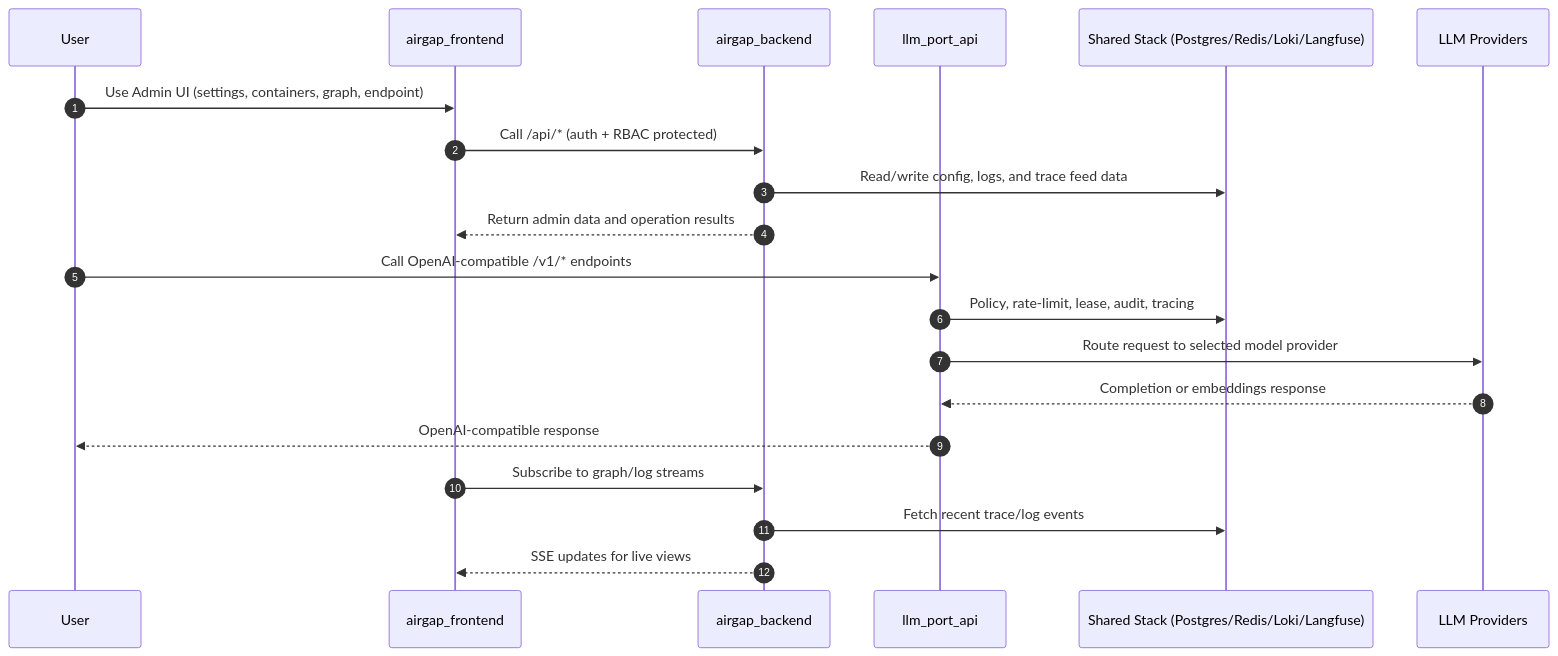
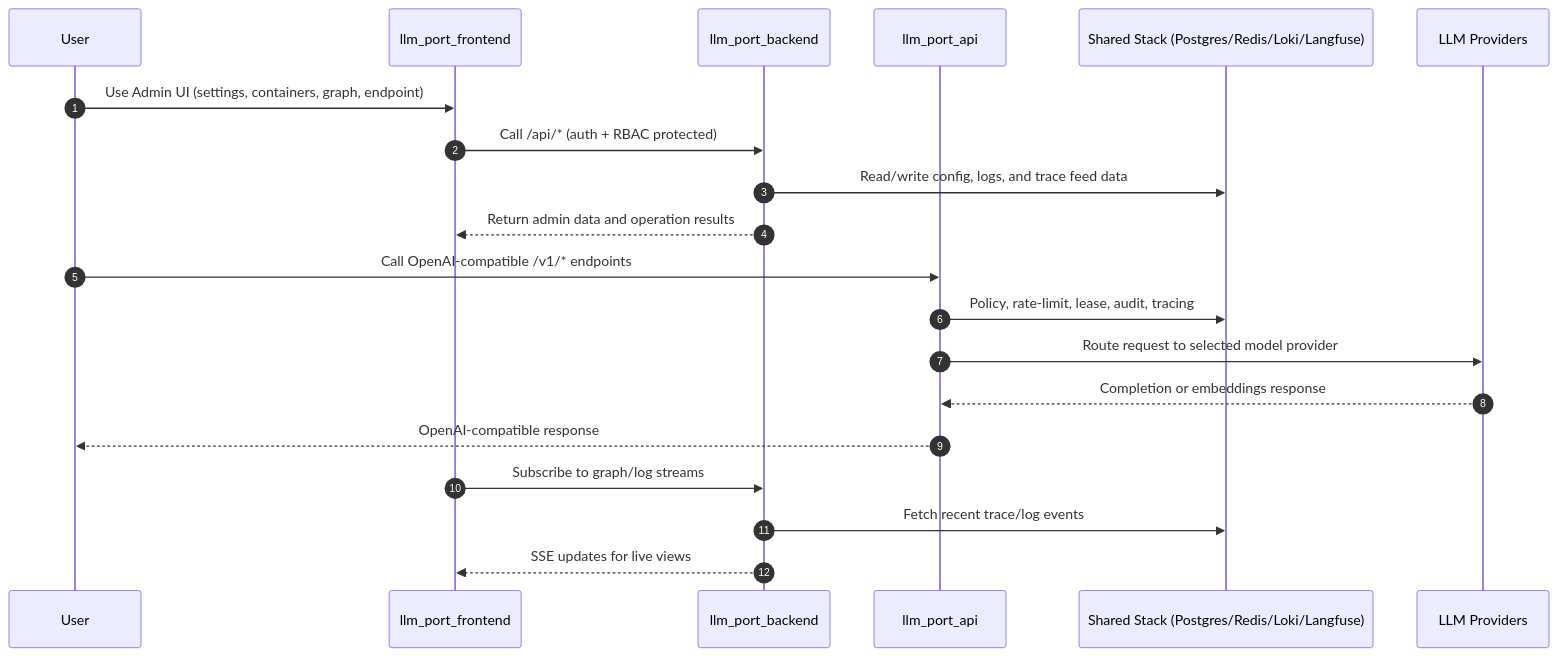
The diagram in README.md (fadenstack/fadenstack), drawn with Mermaid before and after one commit. The commit also changed other lines of this file and 3 other files, not shown here.

````diff
--- a/README.md
+++ b/README.md
@@ -89,25 +89,25 @@
 ```mermaid
 sequenceDiagram
     autonumber
     participant User
-    participant Frontend as airgap_frontend
-    participant Backend as airgap_backend
+    participant Frontend as llm_port_frontend
+    participant Backend as llm_port_backend
     participant Gateway as llm_port_api
     participant Shared as Shared Stack (Postgres/Redis/Loki/Langfuse)
     participant Provider as LLM Providers
 
     User->>Frontend: Use Admin UI (settings, containers, graph, endpoint)
     Frontend->>Backend: Call /api/* (auth + RBAC protected)
     Backend->>Shared: Read/write config, logs, and trace feed data
     Backend-->>Frontend: Return admin data and operation results
 
     User->>Gateway: Call OpenAI-compatible /v1/* endpoints
     Gateway->>Shared: Policy, rate-limit, lease, audit, tracing
     Gateway->>Provider: Route request to selected model provider
     Provider-->>Gateway: Completion or embeddings response
     Gateway-->>User: OpenAI-compatible response
 
     Frontend->>Backend: Subscribe to graph/log streams
     Backend->>Shared: Fetch recent trace/log events
     Backend-->>Frontend: SSE updates for live views
 ```
````
